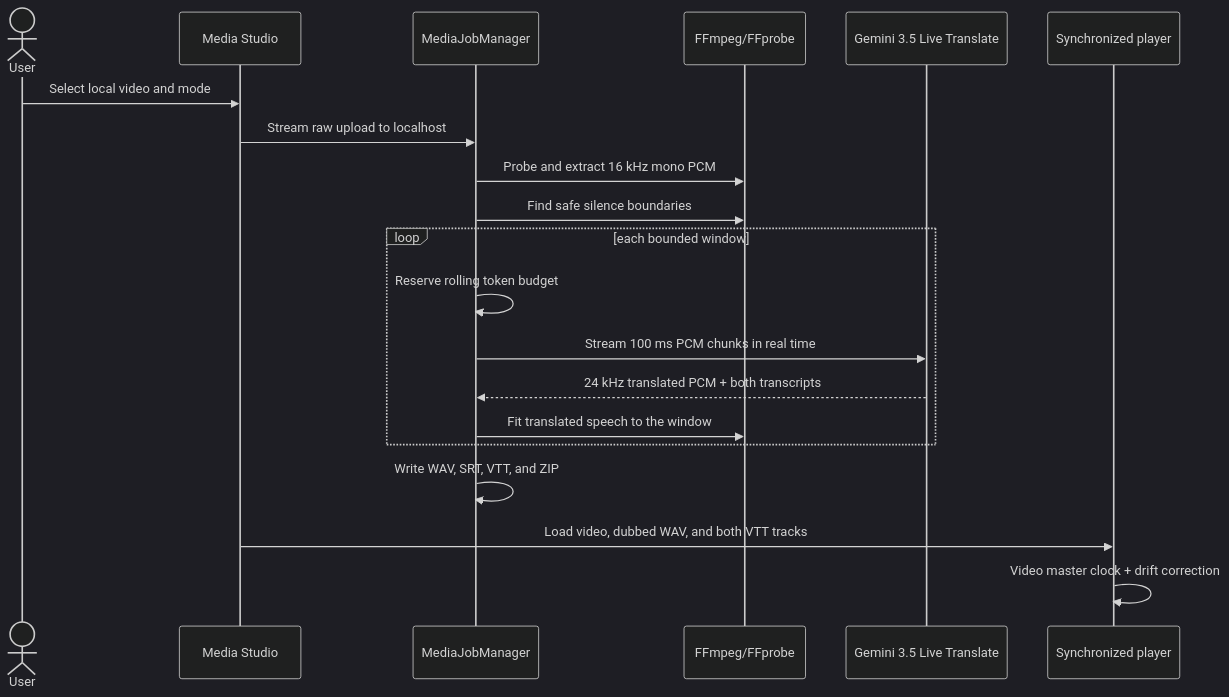
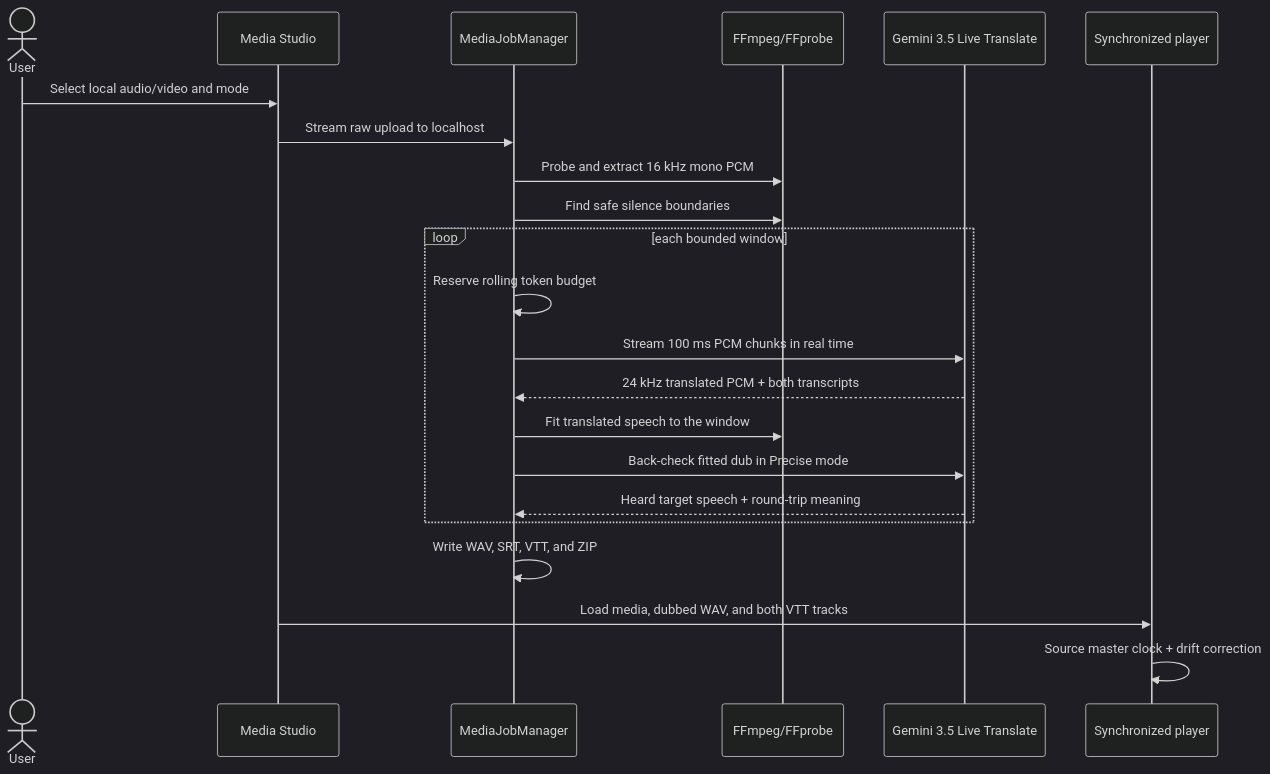
One commit to msmahdinejad/avorythm changed the first of 2 diagrams in ARCHITECTURE.md. Above: the diagram before and after it, drawn with Mermaid (dark theme). The commit also changed other lines of this file and 25 other files, not shown here.

First line of the commit message:
feat(media): add audio files and quality checks

````diff
--- a/ARCHITECTURE.md
+++ b/ARCHITECTURE.md
@@ -33,22 +33,24 @@
 ```mermaid
 sequenceDiagram
     actor User
     participant UI as Media Studio
     participant Jobs as MediaJobManager
     participant FFmpeg as FFmpeg/FFprobe
     participant Live as Gemini 3.5 Live Translate
     participant Player as Synchronized player
-    User->>UI: Select local video and mode
+    User->>UI: Select local audio/video and mode
     UI->>Jobs: Stream raw upload to localhost
     Jobs->>FFmpeg: Probe and extract 16 kHz mono PCM
     Jobs->>FFmpeg: Find safe silence boundaries
     loop each bounded window
       Jobs->>Jobs: Reserve rolling token budget
       Jobs->>Live: Stream 100 ms PCM chunks in real time
       Live-->>Jobs: 24 kHz translated PCM + both transcripts
       Jobs->>FFmpeg: Fit translated speech to the window
+      Jobs->>Live: Back-check fitted dub in Precise mode
+      Live-->>Jobs: Heard target speech + round-trip meaning
     end
     Jobs->>Jobs: Write WAV, SRT, VTT, and ZIP
-    UI->>Player: Load video, dubbed WAV, and both VTT tracks
-    Player->>Player: Video master clock + drift correction
+    UI->>Player: Load media, dubbed WAV, and both VTT tracks
+    Player->>Player: Source master clock + drift correction
 ```
````
